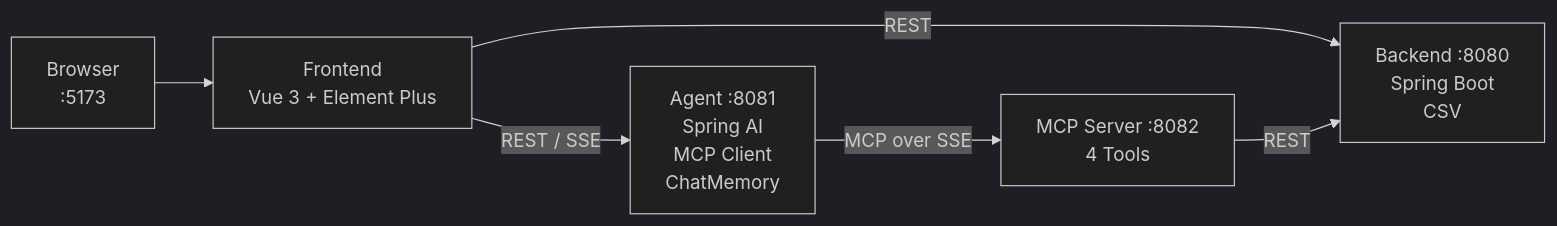
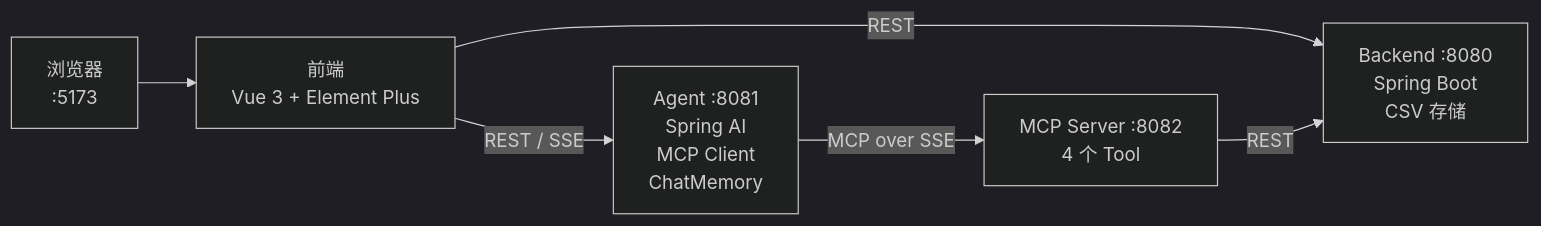
Before and after one commit to reallyhwc/test-learn-agent: the first of 3 diagrams in README.md, drawn with Mermaid (dark theme). The commit also changed other lines of this file and 2 other files, not shown here.

````diff
--- a/README.md
+++ b/README.md
@@ -29,14 +29,14 @@
 ```mermaid
 graph LR
-    Browser["Browser<br/>:5173"]
-    Frontend["Frontend<br/>Vue 3 + Element Plus"]
+    Browser["浏览器<br/>:5173"]
+    Frontend["前端<br/>Vue 3 + Element Plus"]
     Agent["Agent :8081<br/>Spring AI<br/>MCP Client<br/>ChatMemory"]
-    MCPServer["MCP Server :8082<br/>4 Tools"]
-    Backend["Backend :8080<br/>Spring Boot<br/>CSV"]
+    MCPServer["MCP Server :8082<br/>4 个 Tool"]
+    Backend["Backend :8080<br/>Spring Boot<br/>CSV 存储"]
 
     Browser --> Frontend
     Frontend -->|"REST"| Backend
     Frontend -->|"REST / SSE"| Agent
     Agent -->|"MCP over SSE"| MCPServer
     MCPServer -->|"REST"| Backend
 ```
````
